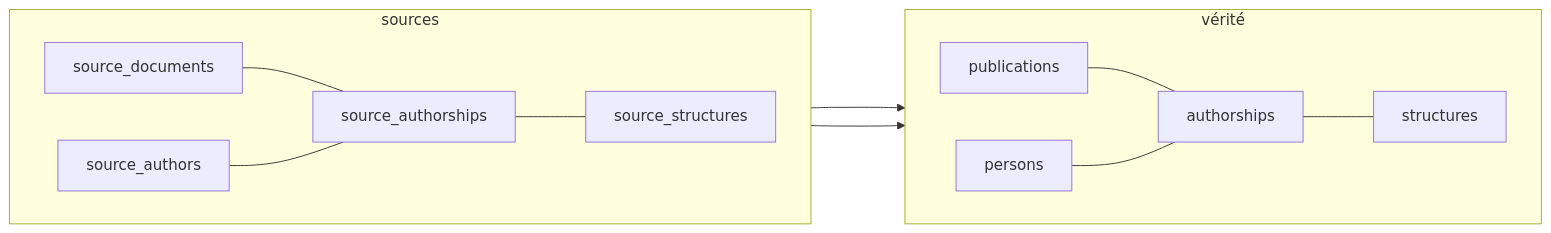
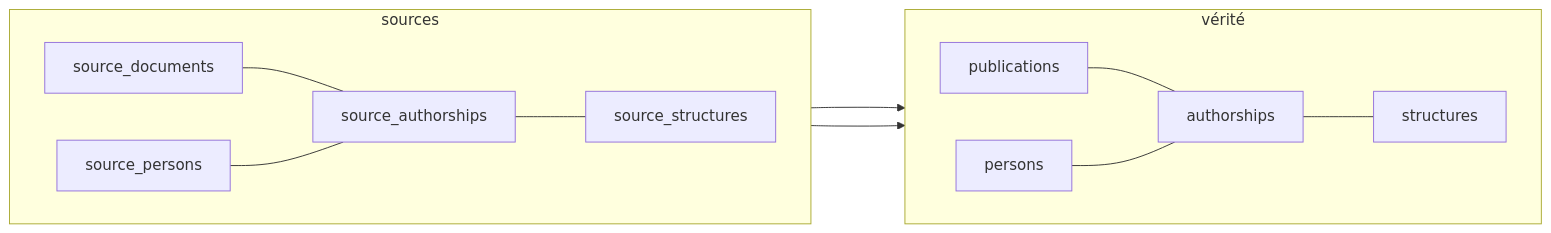
The first of 5 diagrams in docs/architecture.md (Y33sha/bibliometrie-uca), drawn with Mermaid before and after one commit. The commit also changed other lines of this file and 26 other files, not shown here.

First line of the commit message:
Renommer source_authors → source_persons, source_author_id → source_person_id

````diff
--- a/docs/architecture.md
+++ b/docs/architecture.md
@@ -7,18 +7,18 @@
 ```mermaid
 flowchart LR
     subgraph sources
     direction LR
         source_documents---source_authorships
-        source_authors---source_authorships
+        source_persons---source_authorships
         source_authorships---source_structures
     end
     subgraph vérité
         direction LR
         publications---authorships
         persons---authorships
         authorships---structures
     end
     source_documents--->publications
     source_authorships--->persons
     
 ```
````
